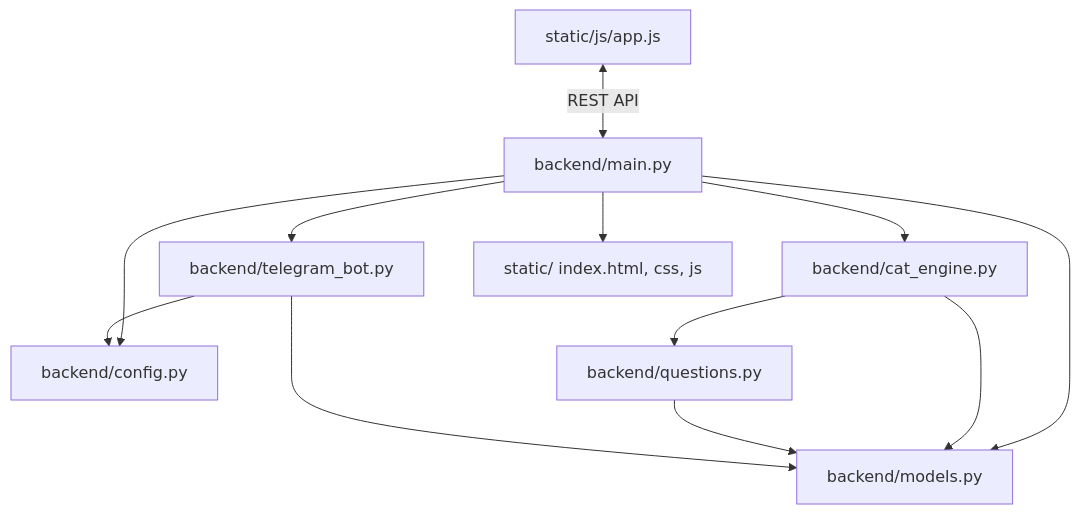
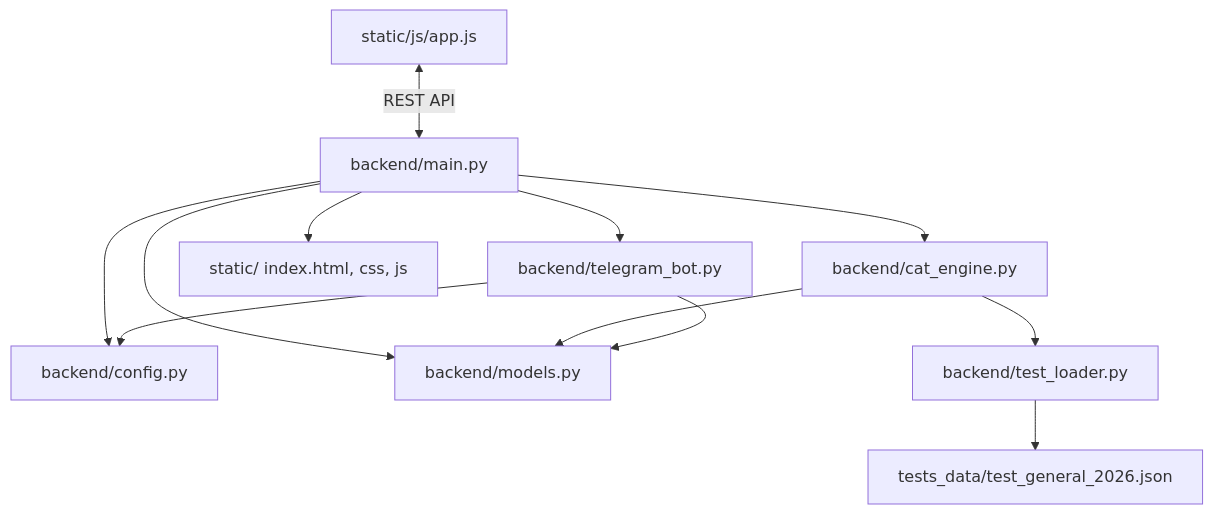
One commit to madsaomi/english-test changed the diagram in agents/architecture/CODEBASE_MAP.md. Above: the diagram before and after it, drawn with Mermaid. The commit also changed other lines of this file and 30 other files, not shown here.

Commit message:
feat: general english test 2026 as sole suite with case-sensitive text answers

````diff
--- a/agents/architecture/CODEBASE_MAP.md
+++ b/agents/architecture/CODEBASE_MAP.md
@@ -9,17 +9,17 @@
 ```mermaid
 graph TD
     Main[backend/main.py] --> Config[backend/config.py]
     Main --> Models[backend/models.py]
     Main --> CAT[backend/cat_engine.py]
     Main --> Bot[backend/telegram_bot.py]
     Main --> Static[static/ index.html, css, js]
 
     CAT --> Models
-    CAT --> Questions[backend/questions.py]
-    Questions --> Models
+    CAT --> Loader[backend/test_loader.py]
+    Loader --> TestData["tests_data/test_general_2026.json"]
 
     Bot --> Config
     Bot --> Models
 
     AppJS[static/js/app.js] <-->|REST API| Main
 ```
````
